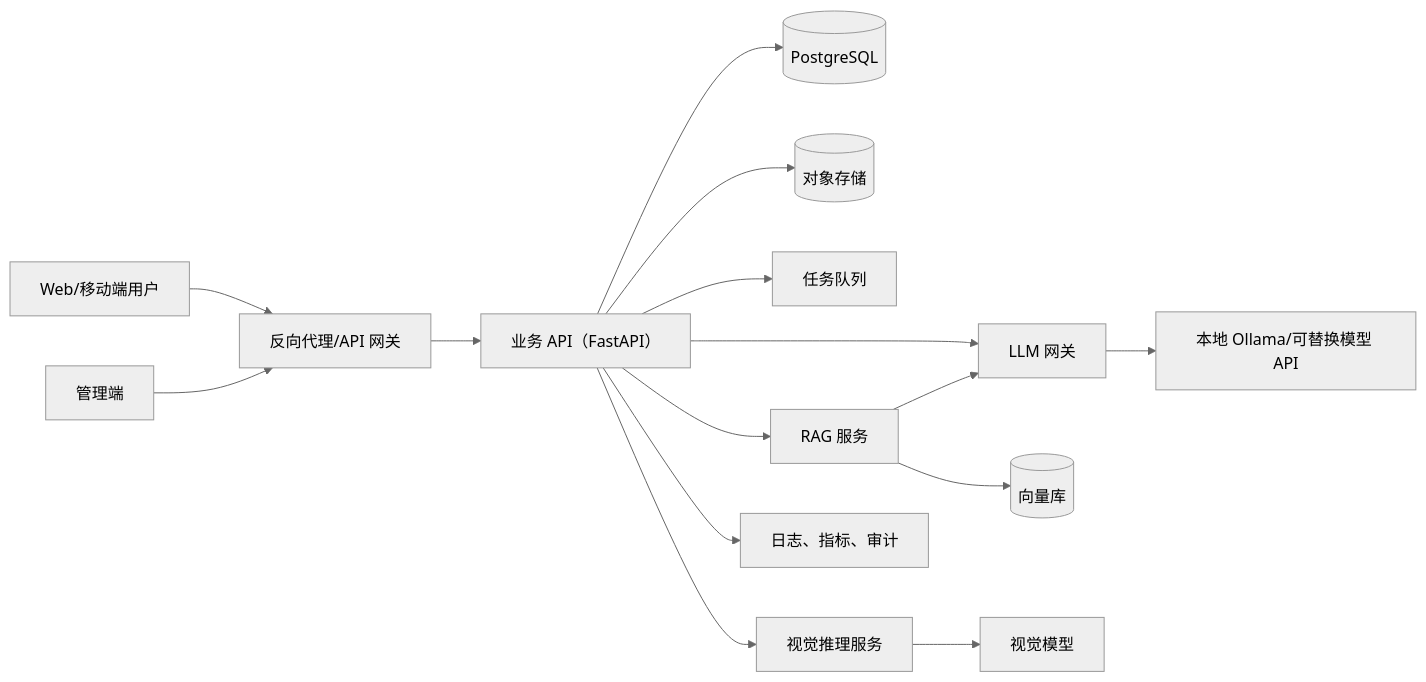
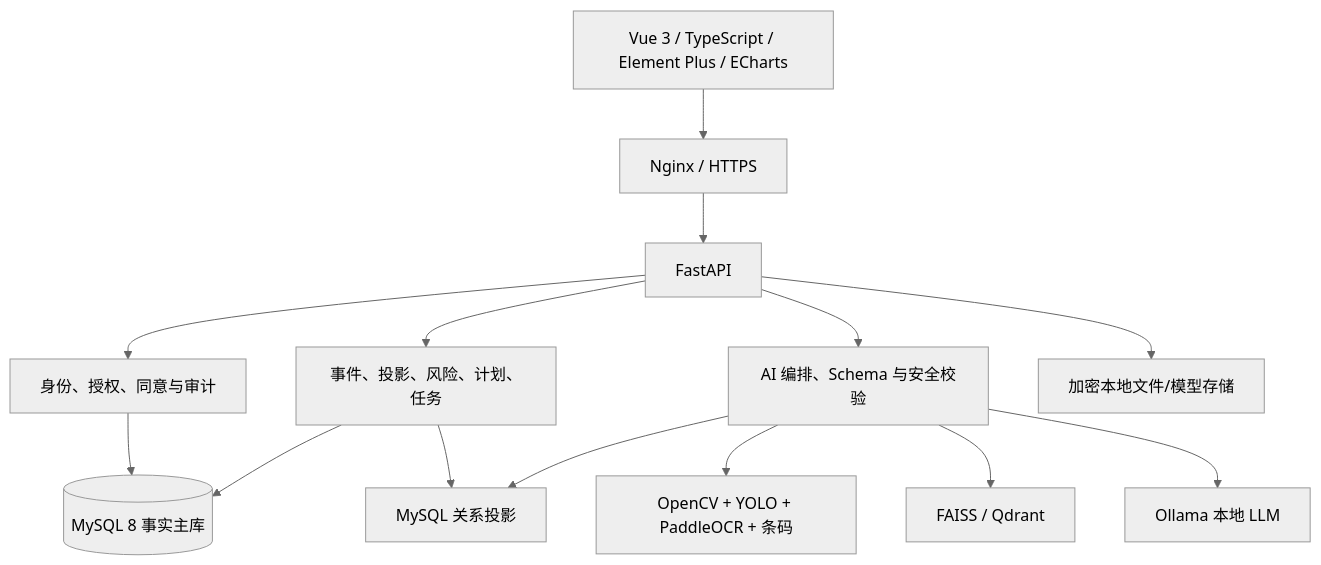
The diagram in docs/vibe-coding/02-技术方案.md (Meyt1n/issedu_ysu2026_3709), drawn with Mermaid (neutral theme) before and after one commit. The commit also changed other lines of this file and 23 other files, not shown here.

````diff
--- a/docs/vibe-coding/02-技术方案.md
+++ b/docs/vibe-coding/02-技术方案.md
@@ -11,17 +15,16 @@
 ```mermaid
-flowchart LR
-    U["Web/移动端用户"] --> G["反向代理/API 网关"]
-    A["管理端"] --> G
-    G --> B["业务 API（FastAPI）"]
-    B --> DB[("PostgreSQL")]
-    B --> O[("对象存储")]
-    B --> Q["任务队列"]
-    B --> R["RAG 服务"]
-    B --> V["视觉推理服务"]
-    B --> L["LLM 网关"]
-    R --> VD[("向量库")]
-    R --> L
-    V --> M["视觉模型"]
-    L --> LM["本地 Ollama/可替换模型 API"]
-    B --> OBS["日志、指标、审计"]
+flowchart TB
+  UI["Vue 3 / TypeScript / Element Plus / ECharts"] --> N["Nginx / HTTPS"]
+  N --> API["FastAPI"]
+  API --> IAM["身份、授权、同意与审计"]
+  API --> CORE["事件、投影、风险、计划、任务"]
+  API --> AI["AI 编排、Schema 与安全校验"]
+  IAM --> DB[("MySQL 8 事实主库")]
+  CORE --> DB
+  CORE --> GRAPH["MySQL 关系投影"]
+  AI --> CV["OpenCV + YOLO + PaddleOCR + 条码"]
+  AI --> GRAPH
+  AI --> VDB["FAISS / Qdrant"]
+  AI --> OLLAMA["Ollama 本地 LLM"]
+  API --> FS["加密本地文件/模型存储"]
 ```
````
